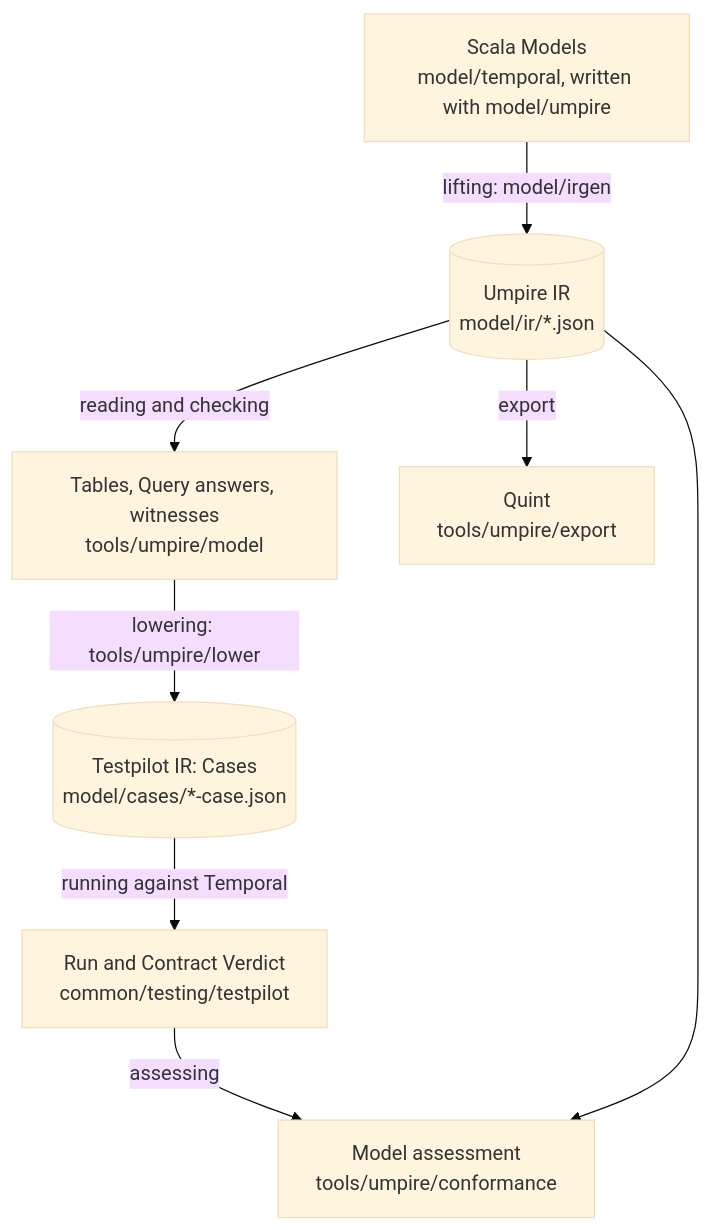
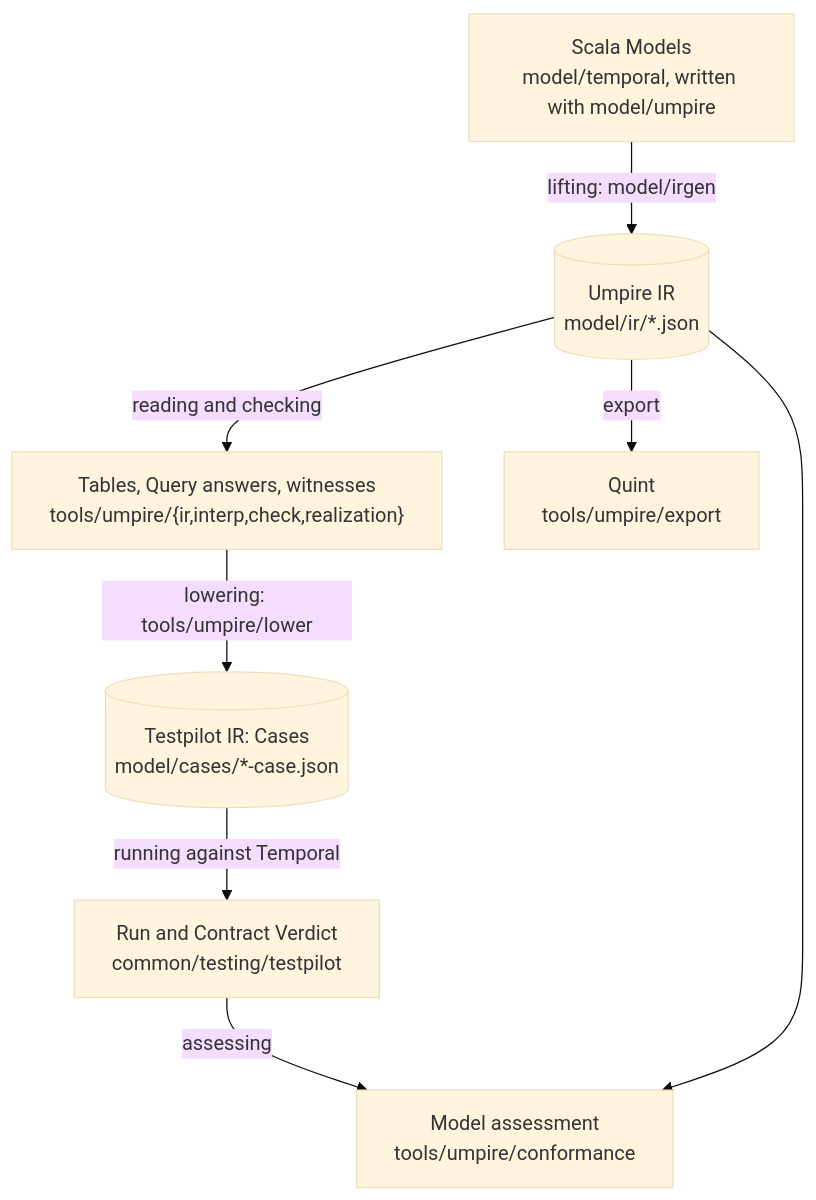
The diagram in model/README.md (stephanos/temporal), drawn with Mermaid (base theme) before and after one commit. The commit also changed other lines of this file and 32 other files, not shown here.

Commit message:
refactor(umpire): retire flat reader paths in gates and guides

````diff
--- a/model/README.md
+++ b/model/README.md
@@ -96,18 +96,18 @@
 ```mermaid
 flowchart TD
     scala["Scala Models<br/>model/temporal, written with model/umpire"]
     uir[("Umpire IR<br/>model/ir/*.json")]
-    reader["Tables, Query answers, witnesses<br/>tools/umpire/model"]
+    reader["Tables, Query answers, witnesses<br/>tools/umpire/{ir,interp,check,realization}"]
     tir[("Testpilot IR: Cases<br/>model/cases/*-case.json")]
     run["Run and Contract Verdict<br/>common/testing/testpilot"]
     assessment["Model assessment<br/>tools/umpire/conformance"]
     other["Quint<br/>tools/umpire/export"]
 
     scala -->|"lifting: model/irgen"| uir
     uir -->|"reading and checking"| reader
     reader -->|"lowering: tools/umpire/lower"| tir
     tir -->|"running against Temporal"| run
     run -->|"assessing"| assessment
     uir --> assessment
     uir -->|"export"| other
 ```
````
